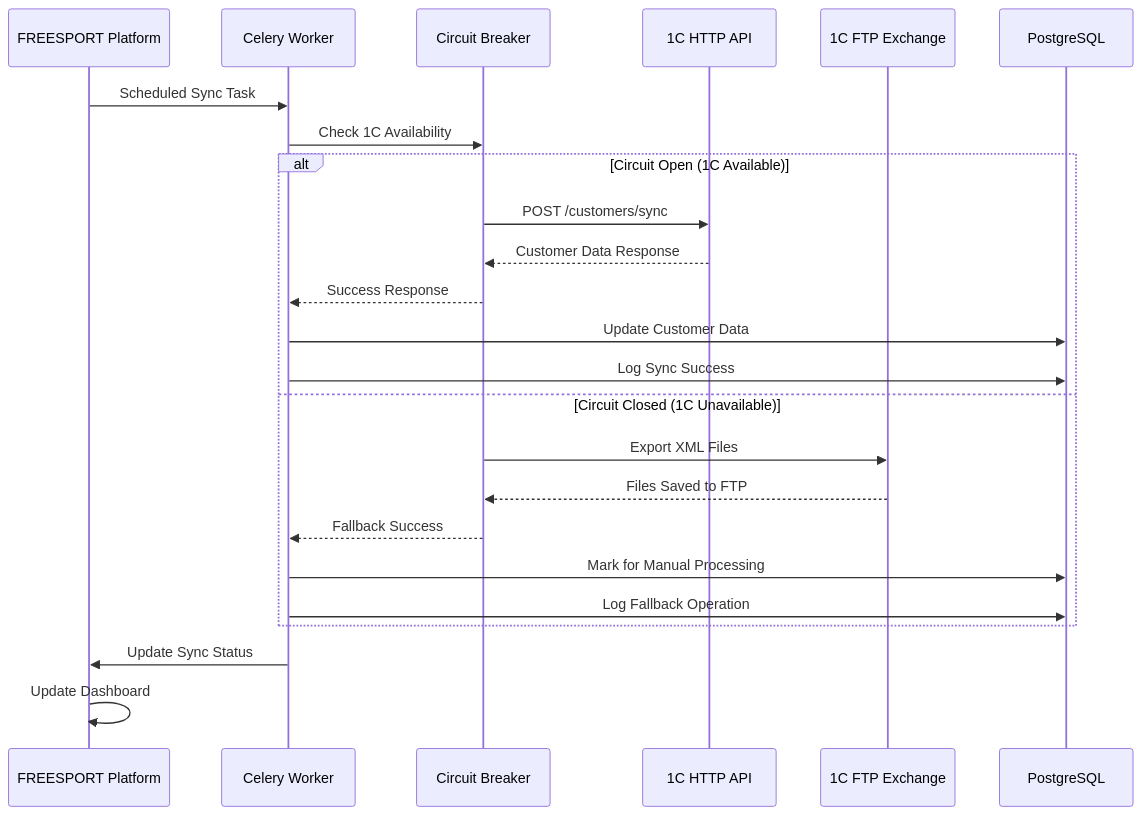
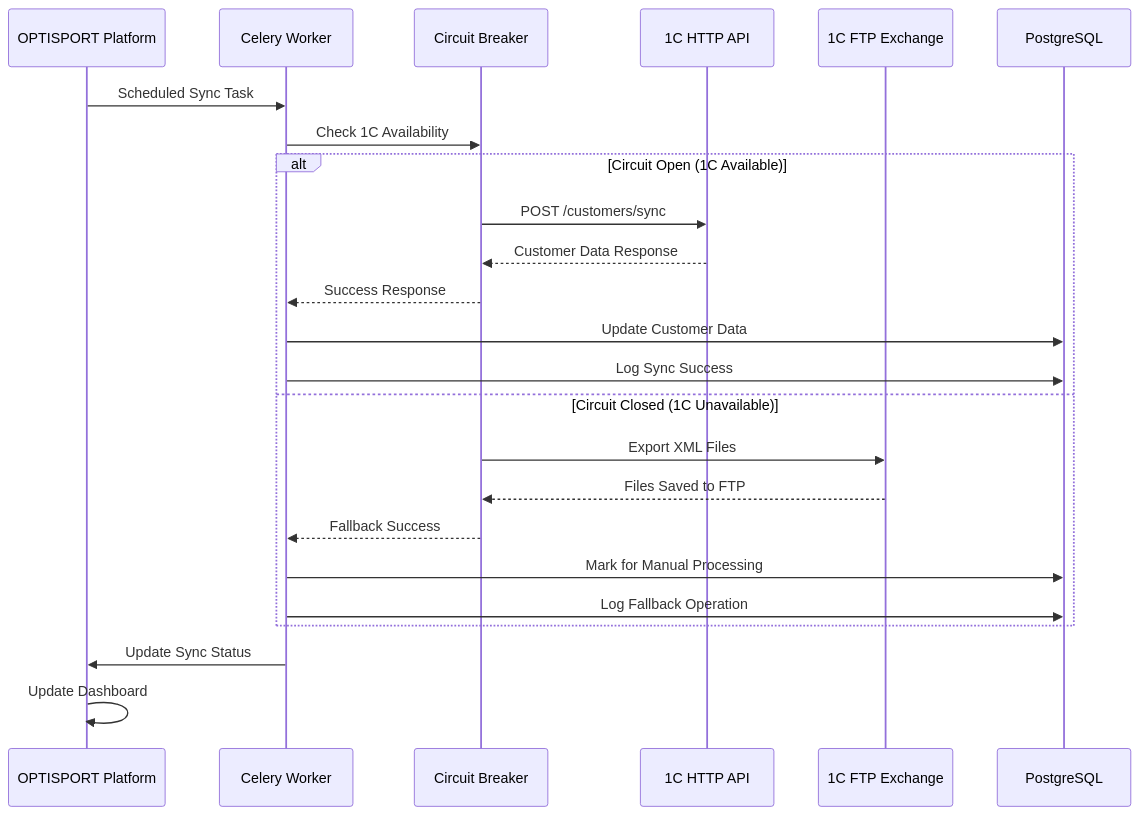
One commit to AlexMobiCraft/FREESPORT changed the first of 2 diagrams in docs/architecture/07-external-integrations.md. Above: the diagram before and after it, drawn with Mermaid. The commit also changed other lines of this file and 217 other files, not shown here.

First line of the commit message:
chore(rebrand): оставшиеся упоминания FREESPORT заменены на OPTISPORT

````diff
--- a/docs/architecture/07-external-integrations.md
+++ b/docs/architecture/07-external-integrations.md
@@ -28,29 +28,29 @@
 ```mermaid
 sequenceDiagram
-    participant Platform as FREESPORT Platform
+    participant Platform as OPTISPORT Platform
     participant Celery as Celery Worker
     participant CB as Circuit Breaker
     participant OneCHTTP as 1C HTTP API
     participant OneCFTP as 1C FTP Exchange
     participant DB as PostgreSQL
 
     Platform->>Celery: Scheduled Sync Task
     Celery->>CB: Check 1C Availability
 
     alt Circuit Open (1C Available)
         CB->>OneCHTTP: POST /customers/sync
         OneCHTTP-->>CB: Customer Data Response
         CB-->>Celery: Success Response
         Celery->>DB: Update Customer Data
         Celery->>DB: Log Sync Success
     else Circuit Closed (1C Unavailable)
         CB->>OneCFTP: Export XML Files
         OneCFTP-->>CB: Files Saved to FTP
         CB-->>Celery: Fallback Success
         Celery->>DB: Mark for Manual Processing
         Celery->>DB: Log Fallback Operation
     end
 
     Celery->>Platform: Update Sync Status
     Platform->>Platform: Update Dashboard
 ```
````
